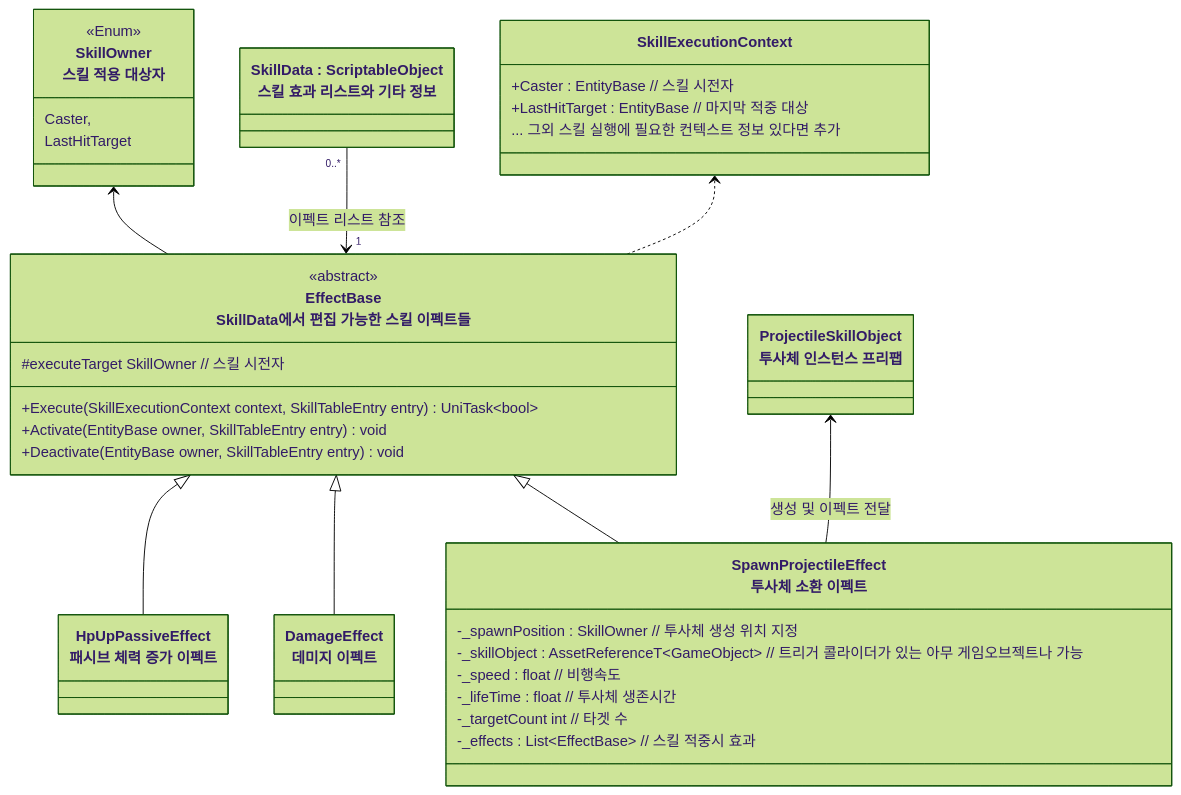
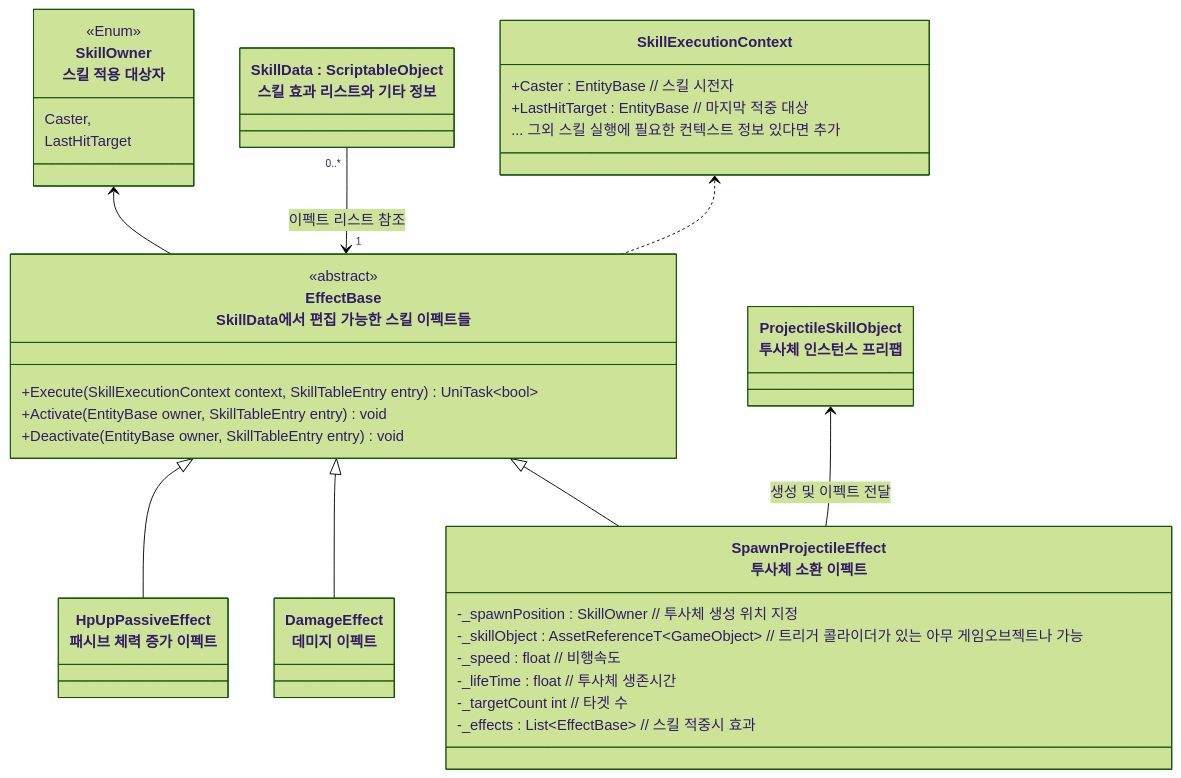
The second of 2 diagrams in README/스킬시스템_설계.md (JIN5EOK/DungeonShooter), drawn with Mermaid (forest theme) before and after one commit. The commit also changed other lines of this file and 1 other file, not shown here.

````diff
--- a/README/스킬시스템_설계.md
+++ b/README/스킬시스템_설계.md
@@ -104,56 +88,55 @@
 ```mermaid
 classDiagram
     class SkillExecutionContext{
         +Caster : EntityBase // 스킬 시전자
         +LastHitTarget : EntityBase // 마지막 적중 대상
         ... 그외 스킬 실행에 필요한 컨텍스트 정보 있다면 추가
     }
     
     class SkillOwner["SkillOwner<br>스킬 적용 대상자"]{
         <<Enum>>
         Caster,
         LastHitTarget
     }
     
     %% class SkillObjectBase["SkillObjectBase : Monobehaviour<br>스킬 소환 오브젝트 베이스"]{
     %%    <<abstract>>
     %%    +Initialize (EntityBase owner, List<EffectBase> effects, SkillTableEntry skillTableEntry)
     %% }
     
     class EffectBase["EffectBase<br>SkillData에서 편집 가능한 스킬 이펙트들"]{
         <<abstract>>
-        #executeTarget SkillOwner // 스킬 시전자
         +Execute(SkillExecutionContext context, SkillTableEntry entry) UniTask~bool~
         +Activate(EntityBase owner, SkillTableEntry entry) void
         +Deactivate(EntityBase owner, SkillTableEntry entry) void
     }
 
 	class HpUpPassiveEffect["HpUpPassiveEffect<br>패시브 체력 증가 이펙트"]{
 	}
 	
     class DamageEffect["DamageEffect<br>데미지 이펙트"]{
     }
 
     class SpawnProjectileEffect["SpawnProjectileEffect<br>투사체 소환 이펙트"]{
         -_spawnPosition : SkillOwner // 투사체 생성 위치 지정
         -_skillObject : AssetReferenceT~GameObject~ // 트리거 콜라이더가 있는 아무 게임오브젝트나 가능
         -_speed : float // 비행속도
         -_lifeTime : float // 투사체 생존시간
         -_targetCount int // 타겟 수 
         -_effects : List~EffectBase~ // 스킬 적중시 효과
     }
     
     class ProjectileSkillObject["ProjectileSkillObject<br>투사체 인스턴스 프리팹"]{
     }
     
     SkillOwner <-- EffectBase
     class SkillData["SkillData : ScriptableObject<br>스킬 효과 리스트와 기타 정보"]
     EffectBase <|-- HpUpPassiveEffect
     EffectBase <|-- DamageEffect
     EffectBase <|-- SpawnProjectileEffect
     ProjectileSkillObject <-- SpawnProjectileEffect : 생성 및 이펙트 전달
     SkillData "0..*"-->"1" EffectBase : 이펙트 리스트 참조
     SkillExecutionContext <.. EffectBase
     
     %%Projectile --|> SkillObjectBase
 ```
````
